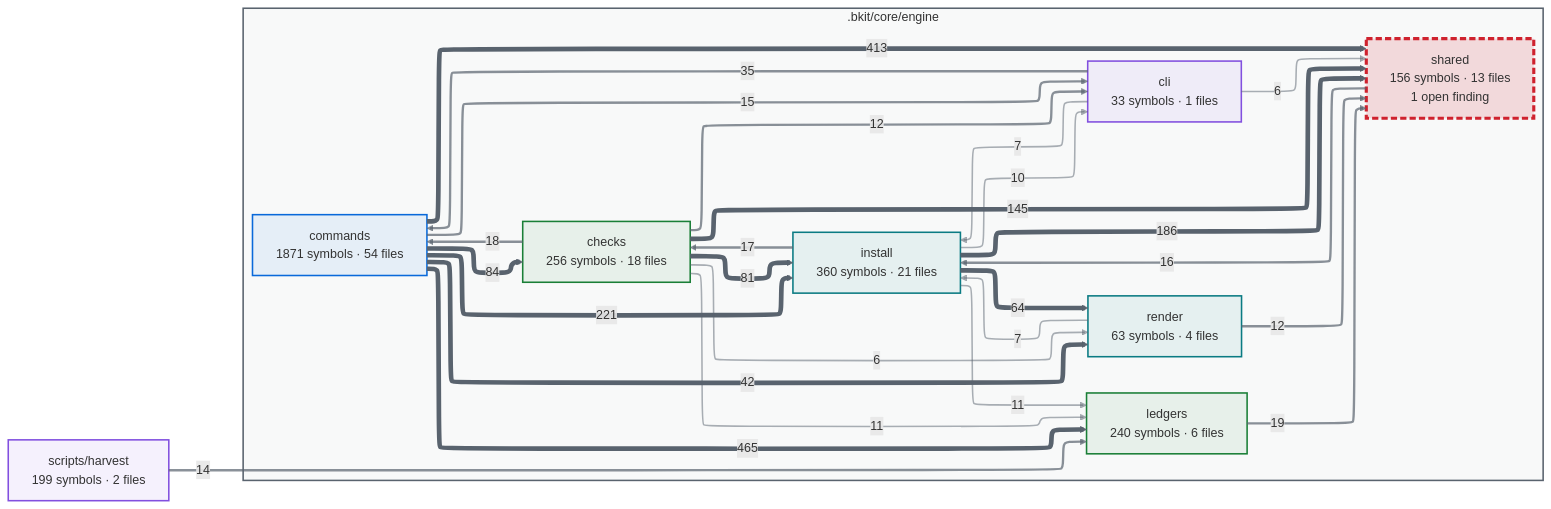
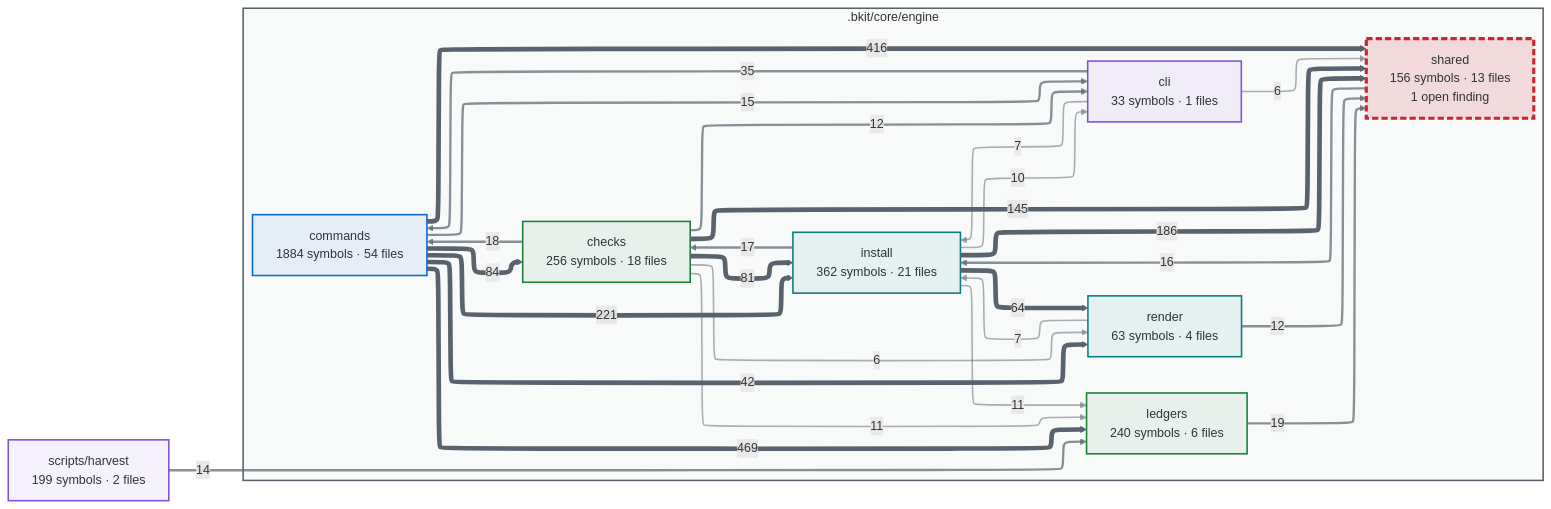
The first of 2 diagrams in docs/capabilities.md (cbartens/bkit), drawn with Mermaid before and after one commit. The commit also changed other lines of this file and 153 other files, not shown here.

````diff
--- a/docs/capabilities.md
+++ b/docs/capabilities.md
@@ -154,80 +154,80 @@
 ```mermaid
 ---
 config:
   layout: elk
   themeCSS: "marker { overflow: visible; } marker path { transform: scale(1.8); transform-origin: 5px 5px; }"
   flowchart:
     useMaxWidth: false
 ---
 flowchart LR
   %% Generated by bkit-graphify-rollup.py — do not edit
   subgraph gn_bkit_core_engine[".bkit/core/engine"]
     n_bkit_core_engine_checks["checks<br/>256 symbols · 18 files"]
     n_bkit_core_engine_cli["cli<br/>33 symbols · 1 files"]
-    n_bkit_core_engine_commands["commands<br/>1871 symbols · 54 files"]
-    n_bkit_core_engine_install["install<br/>360 symbols · 21 files"]
+    n_bkit_core_engine_commands["commands<br/>1884 symbols · 54 files"]
+    n_bkit_core_engine_install["install<br/>362 symbols · 21 files"]
     n_bkit_core_engine_ledgers["ledgers<br/>240 symbols · 6 files"]
     n_bkit_core_engine_render["render<br/>63 symbols · 4 files"]
     n_bkit_core_engine_shared["shared<br/>156 symbols · 13 files<br/>1 open finding"]
   end
   nscripts_harvest["scripts/harvest<br/>199 symbols · 2 files"]
-  n_bkit_core_engine_commands -->|465| n_bkit_core_engine_ledgers
-  n_bkit_core_engine_commands -->|413| n_bkit_core_engine_shared
+  n_bkit_core_engine_commands -->|469| n_bkit_core_engine_ledgers
+  n_bkit_core_engine_commands -->|416| n_bkit_core_engine_shared
   n_bkit_core_engine_commands -->|221| n_bkit_core_engine_install
   n_bkit_core_engine_install -->|186| n_bkit_core_engine_shared
   n_bkit_core_engine_checks -->|145| n_bkit_core_engine_shared
   n_bkit_core_engine_commands -->|84| n_bkit_core_engine_checks
   n_bkit_core_engine_checks -->|81| n_bkit_core_engine_install
   n_bkit_core_engine_install -->|64| n_bkit_core_engine_render
   n_bkit_core_engine_commands -->|42| n_bkit_core_engine_render
   n_bkit_core_engine_cli -->|35| n_bkit_core_engine_commands
   n_bkit_core_engine_ledgers -->|19| n_bkit_core_engine_shared
   n_bkit_core_engine_checks -->|18| n_bkit_core_engine_commands
   n_bkit_core_engine_install -->|17| n_bkit_core_engine_checks
   n_bkit_core_engine_shared -->|16| n_bkit_core_engine_install
   n_bkit_core_engine_commands -->|15| n_bkit_core_engine_cli
   nscripts_harvest -->|14| n_bkit_core_engine_ledgers
   n_bkit_core_engine_checks -->|12| n_bkit_core_engine_cli
   n_bkit_core_engine_render -->|12| n_bkit_core_engine_shared
   n_bkit_core_engine_checks -->|11| n_bkit_core_engine_ledgers
   n_bkit_core_engine_install -->|11| n_bkit_core_engine_ledgers
   n_bkit_core_engine_install -->|10| n_bkit_core_engine_cli
   n_bkit_core_engine_cli -->|7| n_bkit_core_engine_install
   n_bkit_core_engine_render -->|7| n_bkit_core_engine_install
   n_bkit_core_engine_checks -->|6| n_bkit_core_engine_render
   n_bkit_core_engine_cli -->|6| n_bkit_core_engine_shared
   style gn_bkit_core_engine fill:#59636e0a,stroke:#59636e,stroke-width:2px
   style n_bkit_core_engine_checks stroke:#1a7f37,stroke-width:2px,fill:#1a7f3714
   style n_bkit_core_engine_cli stroke:#8250df,stroke-width:2px,fill:#8250df14
   style n_bkit_core_engine_commands stroke:#0969da,stroke-width:2px,fill:#0969da14
   style n_bkit_core_engine_install stroke:#0a7b83,stroke-width:2px,fill:#0a7b8314
   style n_bkit_core_engine_ledgers stroke:#1a7f37,stroke-width:2px,fill:#1a7f3714
   style n_bkit_core_engine_render stroke:#0a7b83,stroke-width:2px,fill:#0a7b8314
   style n_bkit_core_engine_shared stroke:#cf222e,stroke-width:4px,stroke-dasharray:8 4,fill:#cf222e26
   style nscripts_harvest stroke:#8250df,stroke-width:2px,fill:#8250df14
   linkStyle 0 stroke:#59636e,stroke-width:6px
   linkStyle 1 stroke:#59636e,stroke-width:6px
   linkStyle 2 stroke:#59636e,stroke-width:6px
   linkStyle 3 stroke:#59636e,stroke-width:6px
   linkStyle 4 stroke:#59636e,stroke-width:6px
   linkStyle 5 stroke:#59636e,stroke-width:6px
   linkStyle 6 stroke:#59636e,stroke-width:6px
   linkStyle 7 stroke:#59636e,stroke-width:6px
   linkStyle 8 stroke:#59636e,stroke-width:6px
   linkStyle 9 stroke:#59636eb3,stroke-width:3px
   linkStyle 10 stroke:#59636eb3,stroke-width:3px
   linkStyle 11 stroke:#59636eb3,stroke-width:3px
   linkStyle 12 stroke:#59636eb3,stroke-width:3px
   linkStyle 13 stroke:#59636eb3,stroke-width:3px
   linkStyle 14 stroke:#59636eb3,stroke-width:3px
   linkStyle 15 stroke:#59636eb3,stroke-width:3px
   linkStyle 16 stroke:#59636eb3,stroke-width:3px
   linkStyle 17 stroke:#59636eb3,stroke-width:3px
   linkStyle 18 stroke:#59636e80,stroke-width:2px
   linkStyle 19 stroke:#59636e80,stroke-width:2px
   linkStyle 20 stroke:#59636e80,stroke-width:2px
   linkStyle 21 stroke:#59636e80,stroke-width:2px
   linkStyle 22 stroke:#59636e80,stroke-width:2px
   linkStyle 23 stroke:#59636e80,stroke-width:2px
   linkStyle 24 stroke:#59636e80,stroke-width:2px
 ```
````
